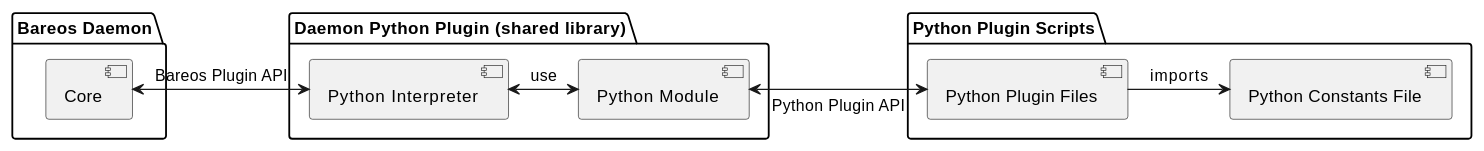
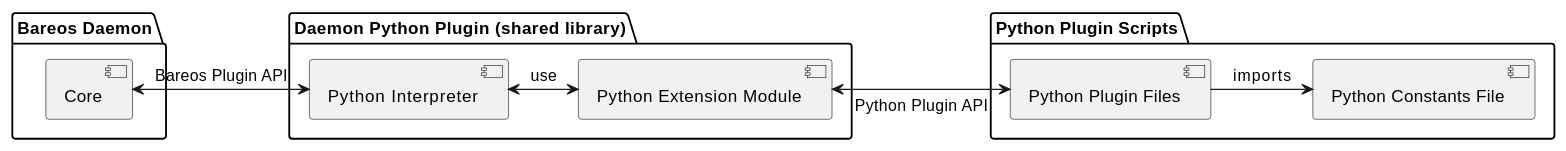
One commit to bareos/bareos changed the first of 2 diagrams in docs/manuals/source/TasksAndConcepts/Plugins.rst. Above: the diagram before and after it, drawn with PlantUML. The commit also changed other lines of this file, not shown here.

Commit message:
python3: use the term "python extension module"

```diff
--- a/docs/manuals/source/TasksAndConcepts/Plugins.rst
+++ b/docs/manuals/source/TasksAndConcepts/Plugins.rst
@@ -50,22 +50,22 @@
 .. uml::
   :caption: Bareos Python Plugin Architecture for Bareos < 20
 
   package "Bareos Daemon" {
   [Core]
   }
 
   package "Daemon Python Plugin (shared library)" {
-  [Python Module]
+  [Python Extension Module]
   [Python Interpreter]
   }
 
   package "Python Plugin Scripts" {
   [Python Plugin Files]
   [Python Constants File]
   }
 
   [Core] <-> [Python Interpreter] : Bareos Plugin API
 
-  [Python Interpreter] <-> [Python Module] : use
-  [Python Module] <-> [Python Plugin Files] : Python Plugin API
+  [Python Interpreter] <-> [Python Extension Module] : use
+  [Python Extension Module] <-> [Python Plugin Files] : Python Plugin API
   [Python Plugin Files] -> [Python Constants File] : imports
```
